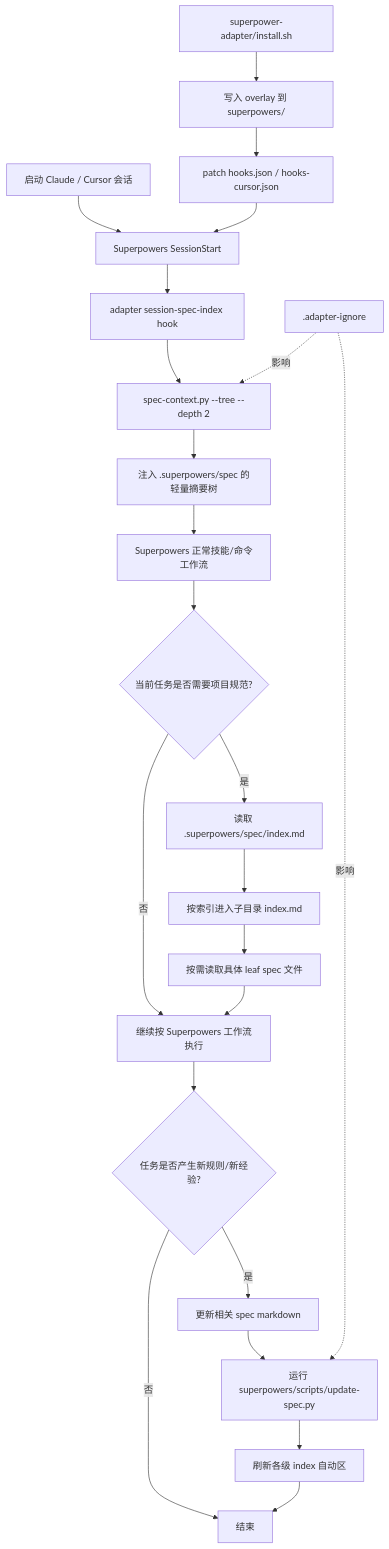
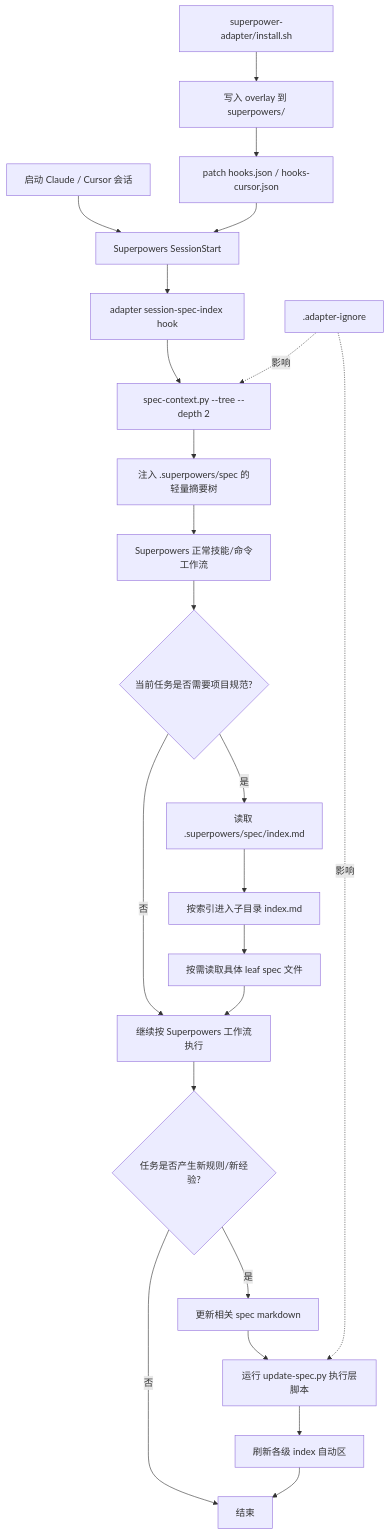
One commit to YWJ-hy/superpowers-spec-adapter changed the first of 2 diagrams in ADAPTER_INTEGRATION_CN.md. Above: the diagram before and after it, drawn with Mermaid. The commit also changed other lines of this file and 17 other files, not shown here.

````diff
--- a/ADAPTER_INTEGRATION_CN.md
+++ b/ADAPTER_INTEGRATION_CN.md
@@ -425,30 +431,30 @@
 ```mermaid
 flowchart TD
     A[启动 Claude / Cursor 会话] --> B[Superpowers SessionStart]
     B --> C[adapter session-spec-index hook]
     C --> D[spec-context.py --tree --depth 2]
     D --> E[注入 .superpowers/spec 的轻量摘要树]
 
     E --> F[Superpowers 正常技能/命令工作流]
     F --> G{当前任务是否需要项目规范?}
 
     G -->|否| H[继续按 Superpowers 工作流执行]
     G -->|是| I[读取 .superpowers/spec/index.md]
     I --> J[按索引进入子目录 index.md]
     J --> K[按需读取具体 leaf spec 文件]
     K --> H
 
     H --> L{任务是否产生新规则/新经验?}
     L -->|否| M[结束]
     L -->|是| N[更新相关 spec markdown]
-    N --> O[运行 superpowers/scripts/update-spec.py]
+    N --> O[运行 update-spec.py 执行层脚本]
     O --> P[刷新各级 index 自动区]
     P --> M
 
     Q[superpower-adapter/install.sh] --> R[写入 overlay 到 superpowers/]
     R --> S[patch hooks.json / hooks-cursor.json]
     S --> B
 
     T[.adapter-ignore] -.影响.-> D
     T -.影响.-> O
 ```
````
